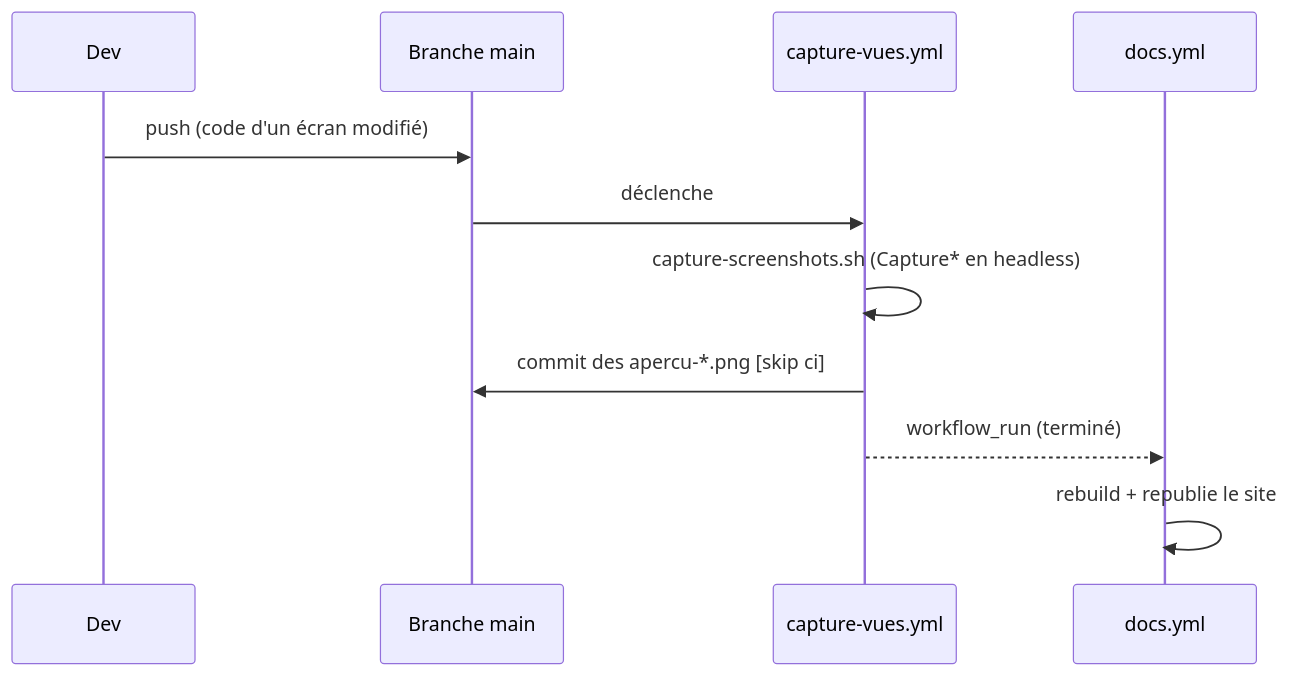
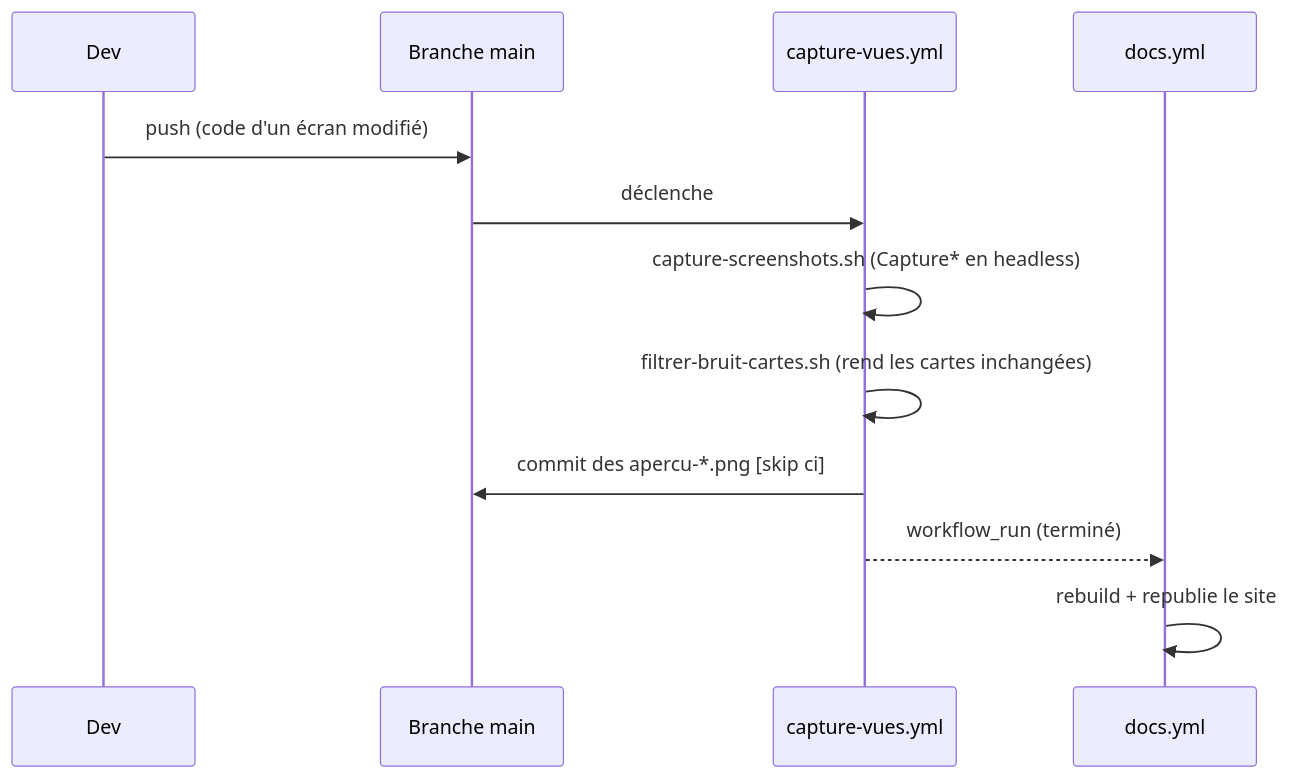
The diagram in dev-docs/captures.md (echonuit/vigiechiro-pr-companion), drawn with Mermaid before and after one commit. The commit also changed other lines of this file and 2 other files, not shown here.

````diff
--- a/dev-docs/captures.md
+++ b/dev-docs/captures.md
@@ -98,13 +98,14 @@
 ```mermaid
 sequenceDiagram
     participant Dev
     participant Main as Branche main
     participant CV as capture-vues.yml
     participant Docs as docs.yml
     Dev->>Main: push (code d'un écran modifié)
     Main->>CV: déclenche
     CV->>CV: capture-screenshots.sh (Capture* en headless)
+    CV->>CV: filtrer-bruit-cartes.sh (rend les cartes inchangées)
     CV->>Main: commit des apercu-*.png [skip ci]
     CV-->>Docs: workflow_run (terminé)
     Docs->>Docs: rebuild + republie le site
 ```
````
